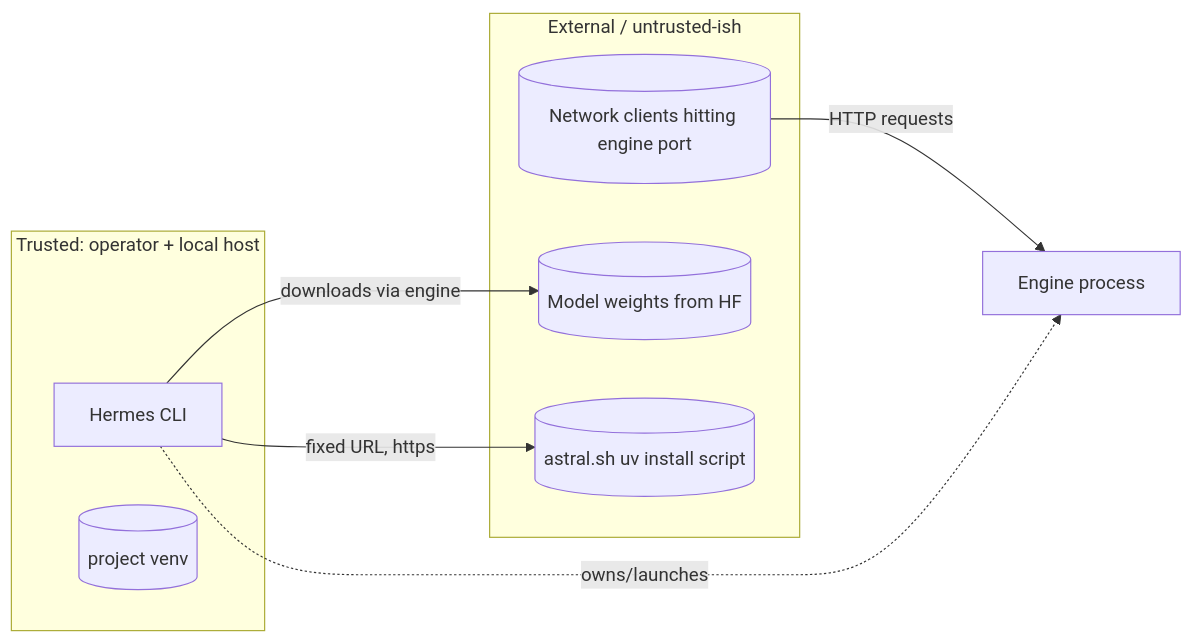
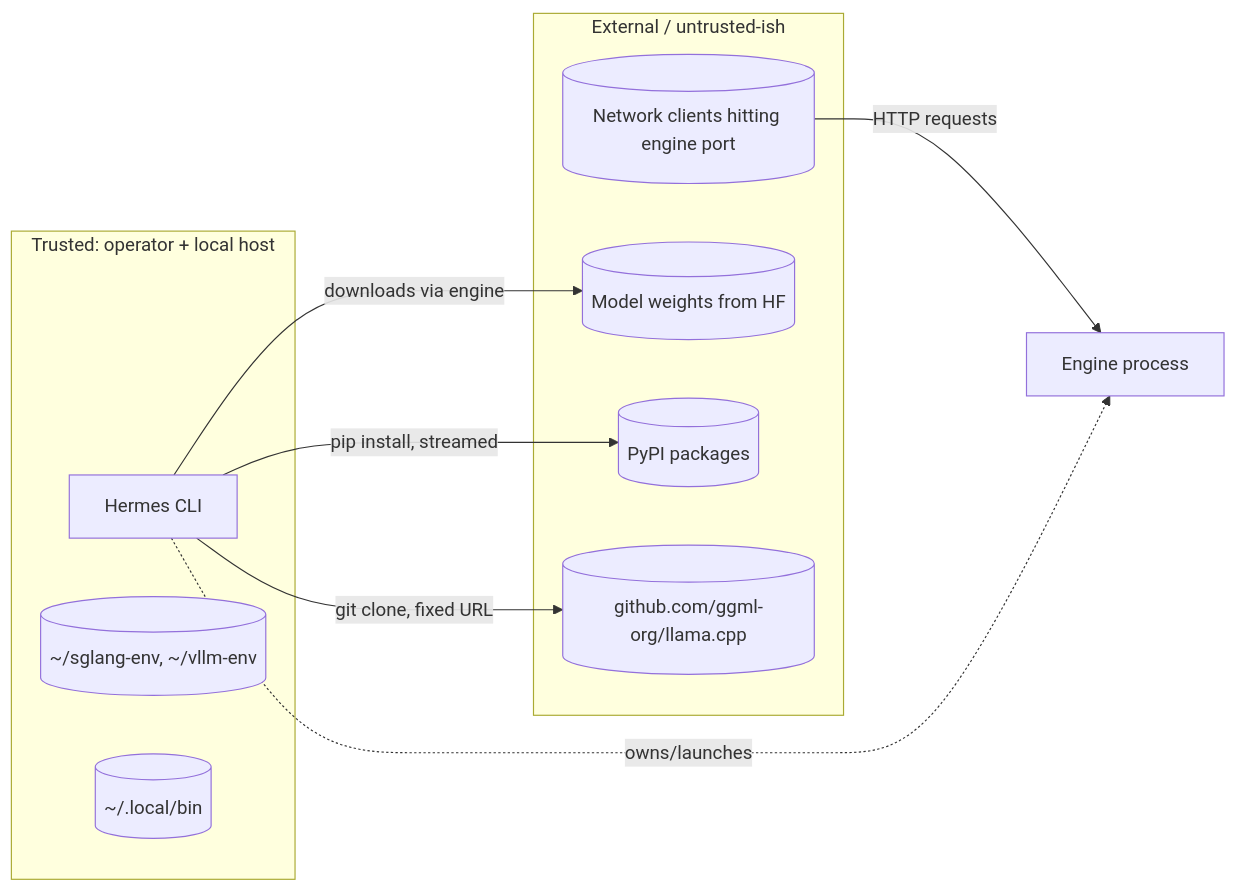
One commit to svngoku/hermes-cli changed the diagram in docs/SECURITY.md. Above: the diagram before and after it, drawn with Mermaid. The commit also changed other lines of this file and 35 other files, not shown here.

````diff
--- a/docs/SECURITY.md
+++ b/docs/SECURITY.md
@@ -23,16 +25,19 @@
 ```mermaid
 flowchart LR
     subgraph trusted[Trusted: operator + local host]
         cli[Hermes CLI]
-        venv[(project venv)]
+        venv[(~/sglang-env, ~/vllm-env)]
+        bin[(~/.local/bin)]
     end
     subgraph external[External / untrusted-ish]
         net[(Network clients hitting engine port)]
         models[(Model weights from HF)]
-        installer[(astral.sh uv install script)]
+        pypi[(PyPI packages)]
+        upstream[(github.com/ggml-org/llama.cpp)]
     end
-    cli -->|fixed URL, https| installer
+    cli -->|pip install, streamed| pypi
+    cli -->|git clone, fixed URL| upstream
     cli -->|downloads via engine| models
     net -->|HTTP requests| engine[Engine process]
     cli -. owns/launches .-> engine
 ```
````
